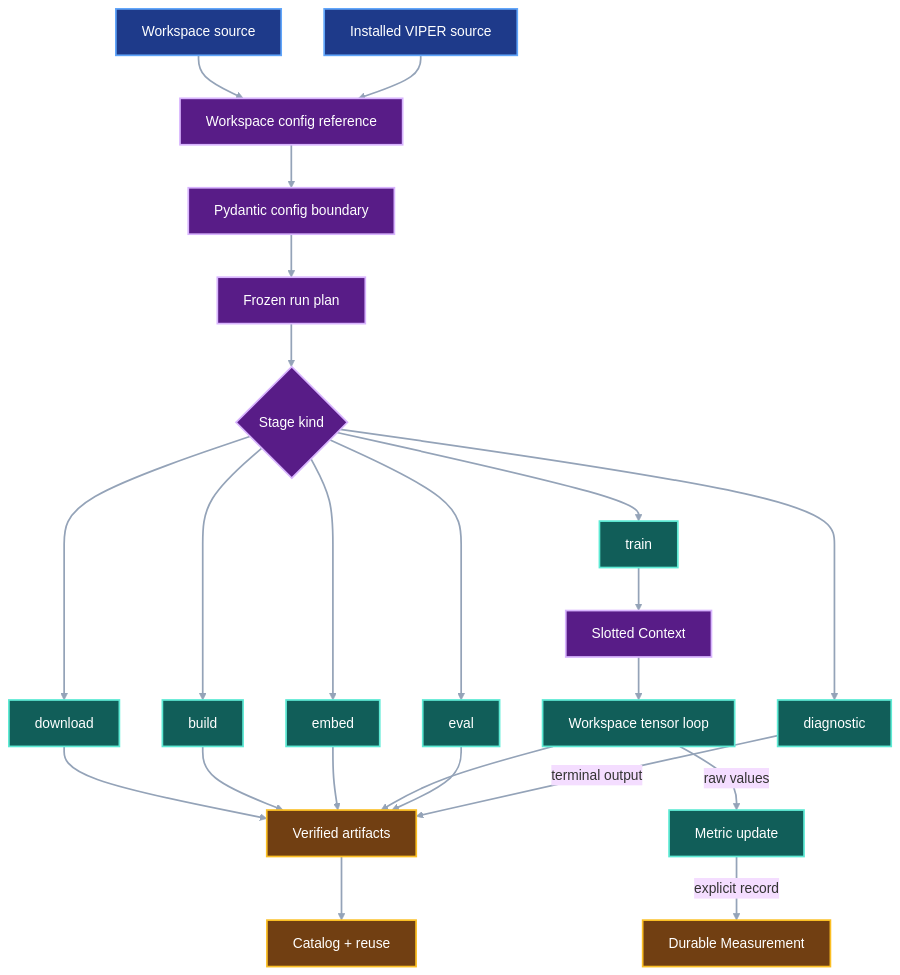
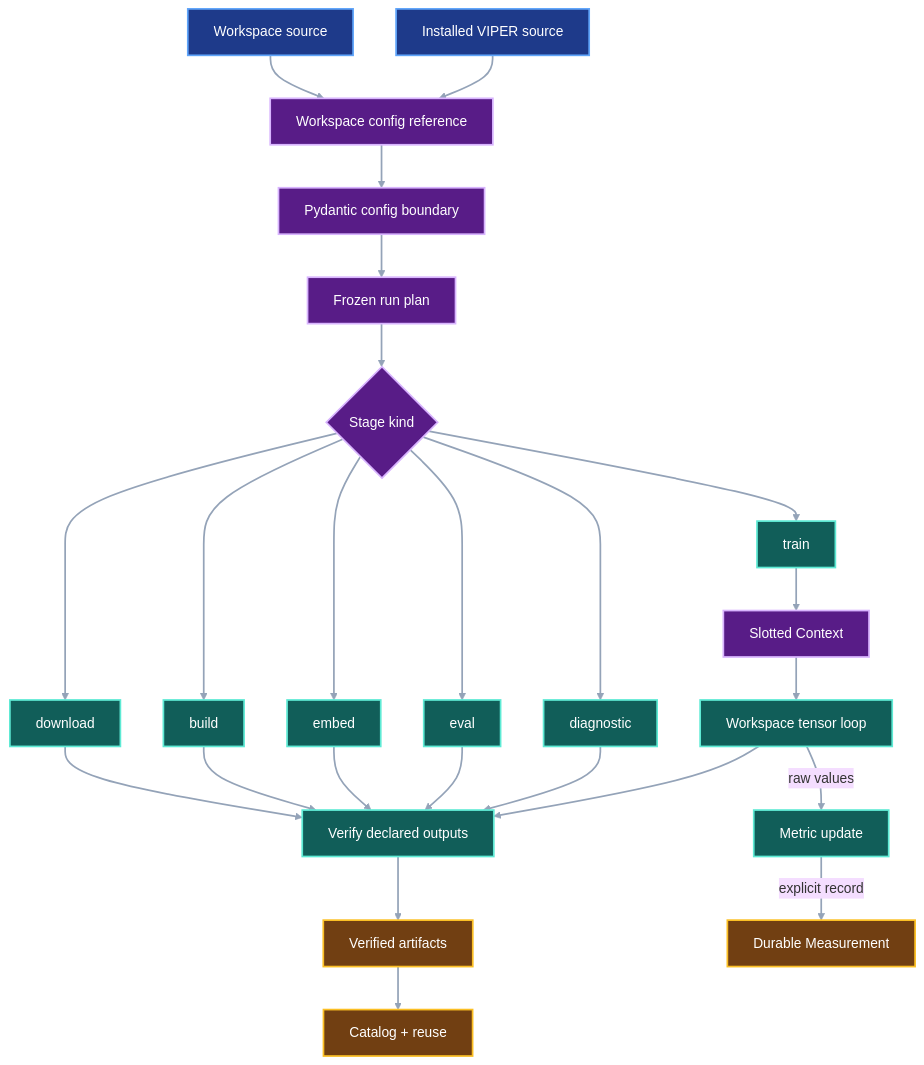
One commit to pvd232/viper changed the third of 3 diagrams in docs/development/v0.1.0a3-public-authoring-contract.md. Above: the diagram before and after it, drawn with Mermaid (base theme).

Commit message:
Separate artifact and metric diagram lanes

````diff
--- a/docs/development/v0.1.0a3-public-authoring-contract.md
+++ b/docs/development/v0.1.0a3-public-authoring-contract.md
@@ -172,35 +172,36 @@
 ```mermaid
 flowchart TD
     Workspace["Workspace source"] --> Ref["Workspace config reference"]
     Package["Installed VIPER source"] --> Ref
     Ref --> Validate["Pydantic config boundary"]
     Validate --> Plan["Frozen run plan"]
     Plan --> Kinds{"Stage kind"}
     Kinds --> Download["download"]
     Kinds --> Build["build"]
     Kinds --> Embed["embed"]
-    Kinds --> Train["train"]
     Kinds --> Eval["eval"]
     Kinds --> Diagnostic["diagnostic"]
-    Download --> Artifacts["Verified artifacts"]
-    Build --> Artifacts
-    Embed --> Artifacts
+    Kinds --> Train["train"]
+    Download --> Verify["Verify declared outputs"]
+    Build --> Verify
+    Embed --> Verify
+    Eval --> Verify
+    Diagnostic --> Verify
     Train --> Context["Slotted Context"]
     Context --> Loop["Workspace tensor loop"]
-    Loop --> Artifacts
+    Loop --> Verify
     Loop -->|"raw values"| Update["Metric update"]
     Update -->|"explicit record"| Measurement["Durable Measurement"]
-    Eval --> Artifacts
-    Diagnostic -->|"terminal output"| Artifacts
+    Verify --> Artifacts["Verified artifacts"]
     Artifacts --> Catalog["Catalog + reuse"]
 
     class Workspace,Package current
     class Ref,Validate,Plan,Kinds,Context proposed
-    class Download,Build,Embed,Train,Eval,Diagnostic,Loop,Update implementation
+    class Download,Build,Embed,Train,Eval,Diagnostic,Loop,Update,Verify implementation
     class Artifacts,Measurement,Catalog evidence
     classDef current fill:#1e3a8a,stroke:#60a5fa,color:#ffffff,stroke-width:2px
     classDef proposed fill:#581c87,stroke:#d8b4fe,color:#ffffff,stroke-width:2px
     classDef implementation fill:#115e59,stroke:#5eead4,color:#ffffff,stroke-width:2px
     classDef evidence fill:#713f12,stroke:#fbbf24,color:#ffffff,stroke-width:2px
     linkStyle default stroke:#94a3b8,stroke-width:2px
 ```
````
